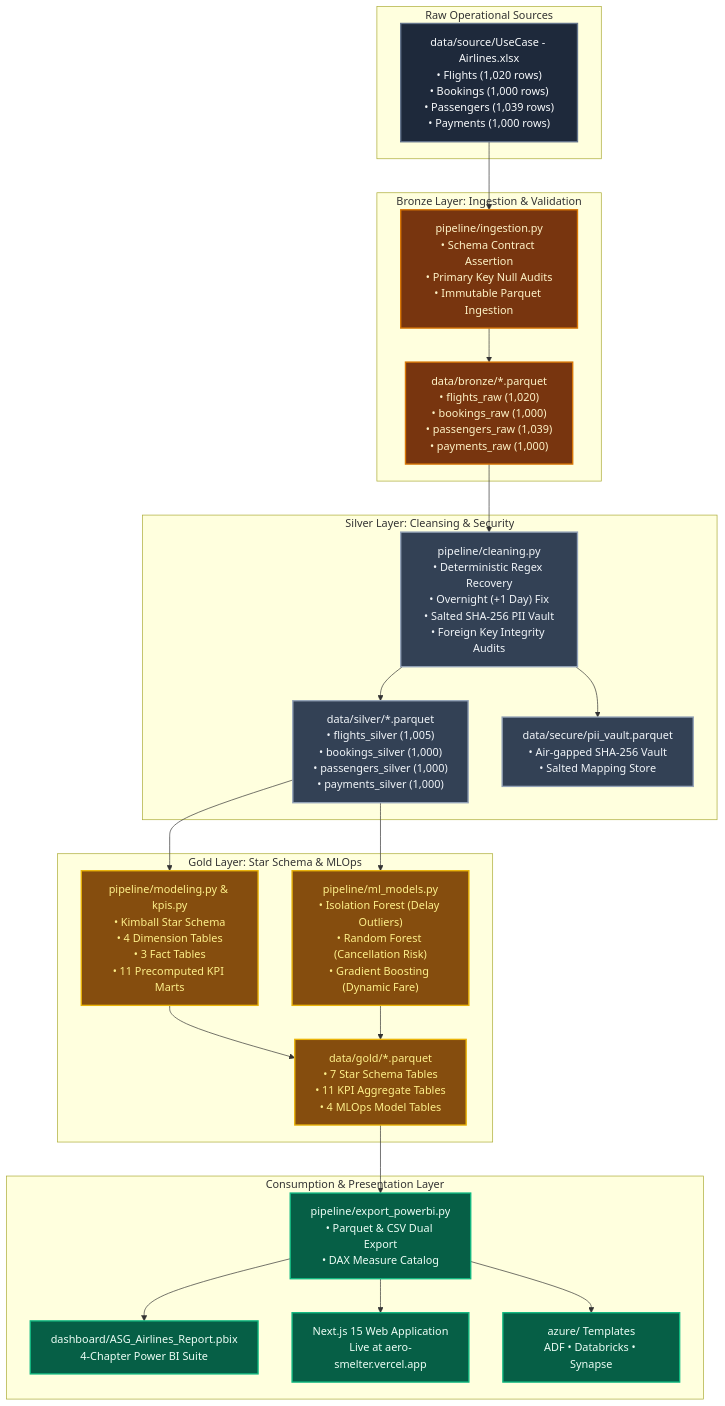
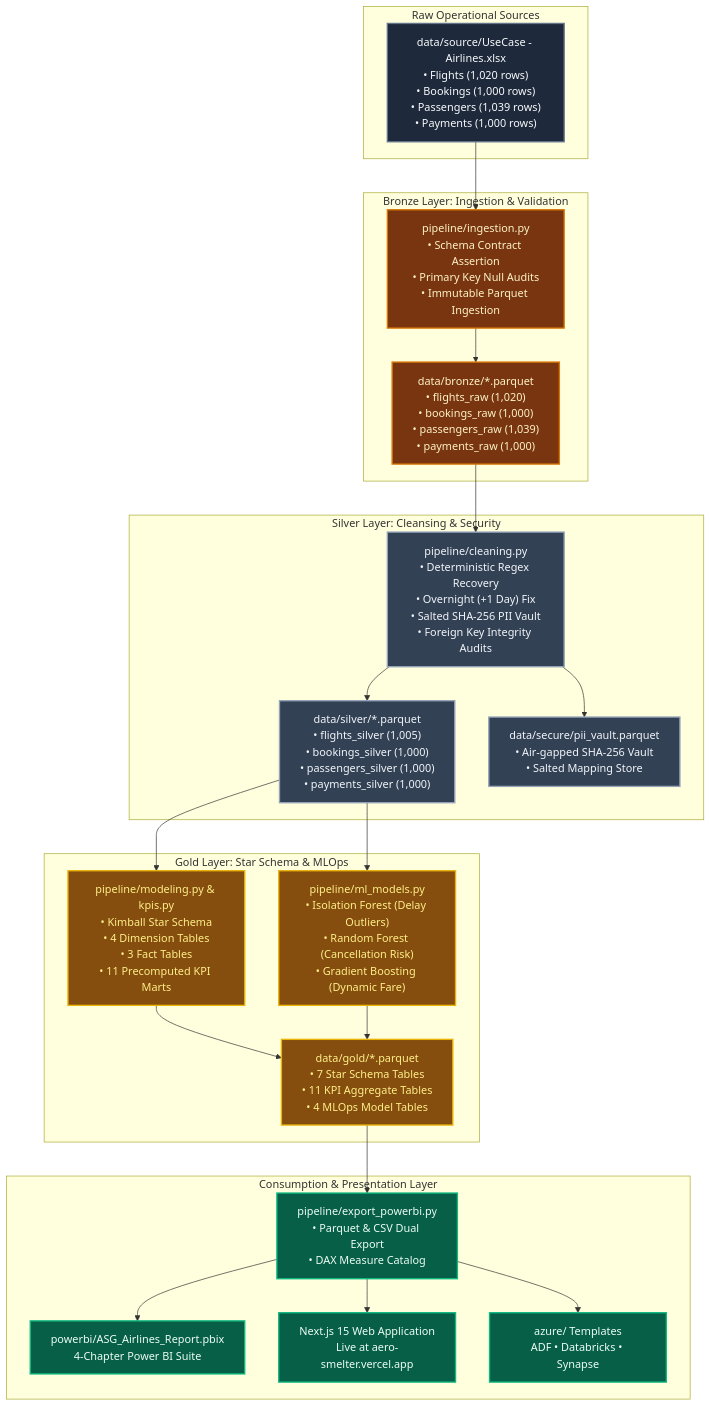
Before and after one commit to darshan-gowdaa/aero-smelter: the first of 6 diagrams in README.md, drawn with Mermaid. The commit also changed other lines of this file and 85 other files, not shown here.

````diff
--- a/README.md
+++ b/README.md
@@ -41,54 +41,54 @@
 ```mermaid
 graph TD
     subgraph S1["Raw Operational Sources"]
         EXCEL["data/source/UseCase - Airlines.xlsx<br/>• Flights (1,020 rows)<br/>• Bookings (1,000 rows)<br/>• Passengers (1,039 rows)<br/>• Payments (1,000 rows)"]
     end
 
     subgraph S2["Bronze Layer: Ingestion & Validation"]
         INGEST["pipeline/ingestion.py<br/>• Schema Contract Assertion<br/>• Primary Key Null Audits<br/>• Immutable Parquet Ingestion"]
         BRONZE_PARQUET["data/bronze/*.parquet<br/>• flights_raw (1,020)<br/>• bookings_raw (1,000)<br/>• passengers_raw (1,039)<br/>• payments_raw (1,000)"]
     end
 
     subgraph S3["Silver Layer: Cleansing & Security"]
         CLEAN["pipeline/cleaning.py<br/>• Deterministic Regex Recovery<br/>• Overnight (+1 Day) Fix<br/>• Salted SHA-256 PII Vault<br/>• Foreign Key Integrity Audits"]
         SILVER_PARQUET["data/silver/*.parquet<br/>• flights_silver (1,005)<br/>• bookings_silver (1,000)<br/>• passengers_silver (1,000)<br/>• payments_silver (1,000)"]
         VAULT["data/secure/pii_vault.parquet<br/>• Air-gapped SHA-256 Vault<br/>• Salted Mapping Store"]
     end
 
     subgraph S4["Gold Layer: Star Schema & MLOps"]
         MODEL["pipeline/modeling.py & kpis.py<br/>• Kimball Star Schema<br/>• 4 Dimension Tables<br/>• 3 Fact Tables<br/>• 11 Precomputed KPI Marts"]
         ML["pipeline/ml_models.py<br/>• Isolation Forest (Delay Outliers)<br/>• Random Forest (Cancellation Risk)<br/>• Gradient Boosting (Dynamic Fare)"]
         GOLD_PARQUET["data/gold/*.parquet<br/>• 7 Star Schema Tables<br/>• 11 KPI Aggregate Tables<br/>• 4 MLOps Model Tables"]
     end
 
     subgraph S5["Consumption & Presentation Layer"]
         PBI_EXP["pipeline/export_powerbi.py<br/>• Parquet & CSV Dual Export<br/>• DAX Measure Catalog"]
-        PBI["dashboard/ASG_Airlines_Report.pbix<br/>4-Chapter Power BI Suite"]
+        PBI["powerbi/ASG_Airlines_Report.pbix<br/>4-Chapter Power BI Suite"]
         WEB["Next.js 15 Web Application<br/>Live at aero-smelter.vercel.app"]
         AZURE["azure/ Templates<br/>ADF • Databricks • Synapse"]
     end
 
     EXCEL --> INGEST --> BRONZE_PARQUET --> CLEAN
     CLEAN --> SILVER_PARQUET
     CLEAN --> VAULT
     SILVER_PARQUET --> MODEL
     SILVER_PARQUET --> ML
     MODEL --> GOLD_PARQUET
     ML --> GOLD_PARQUET
     GOLD_PARQUET --> PBI_EXP
     PBI_EXP --> PBI
     PBI_EXP --> WEB
     PBI_EXP --> AZURE
 
     classDef sourceStyle fill:#1E293B,stroke:#64748B,stroke-width:2px,color:#F8FAFC;
     classDef bronzeStyle fill:#78350F,stroke:#D97706,stroke-width:2px,color:#FEF3C7;
     classDef silverStyle fill:#334155,stroke:#94A3B8,stroke-width:2px,color:#F1F5F9;
     classDef goldStyle fill:#854D0E,stroke:#EAB308,stroke-width:2px,color:#FEF08A;
     classDef destStyle fill:#065F46,stroke:#10B981,stroke-width:2px,color:#ECFDF5;
 
     class EXCEL sourceStyle;
     class INGEST,BRONZE_PARQUET bronzeStyle;
     class CLEAN,SILVER_PARQUET,VAULT silverStyle;
     class MODEL,ML,GOLD_PARQUET goldStyle;
     class PBI_EXP,PBI,WEB,AZURE destStyle;
 ```
````
